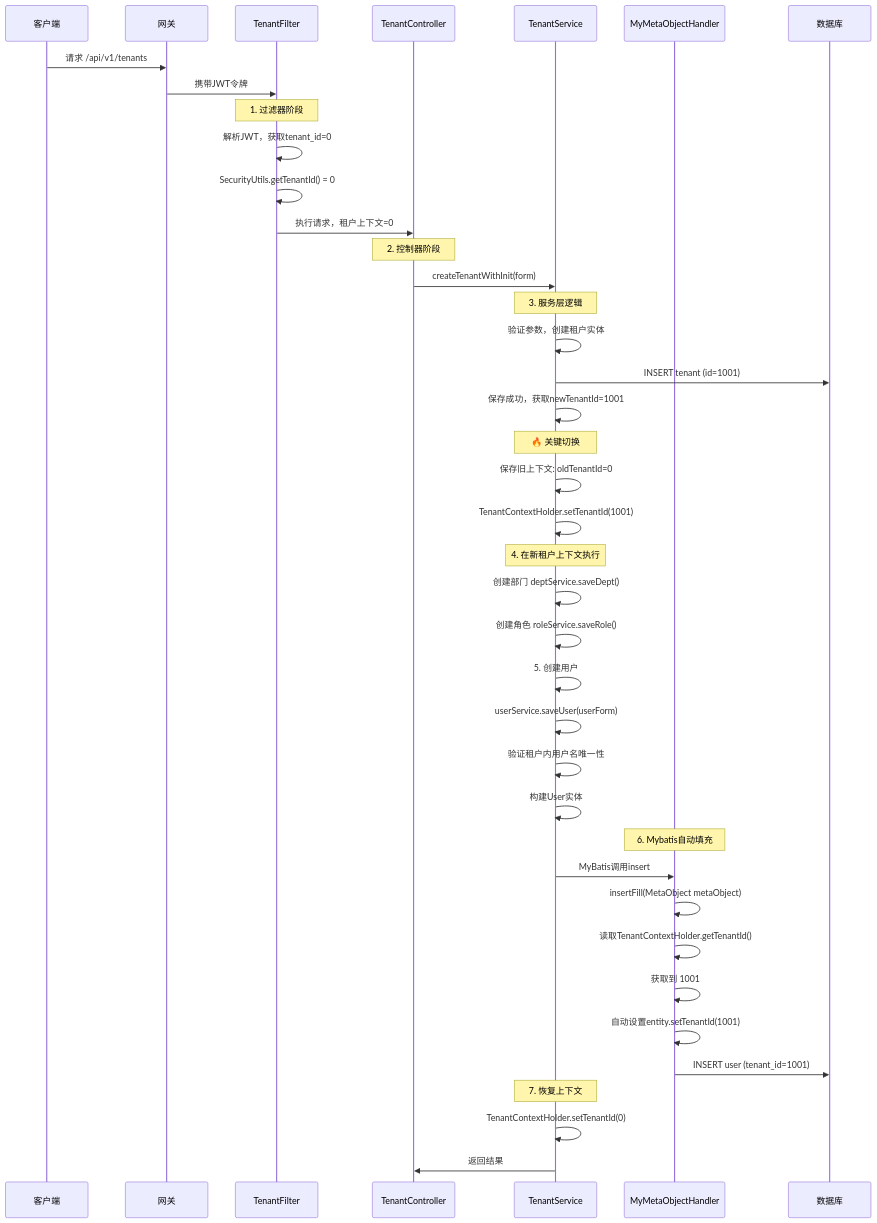
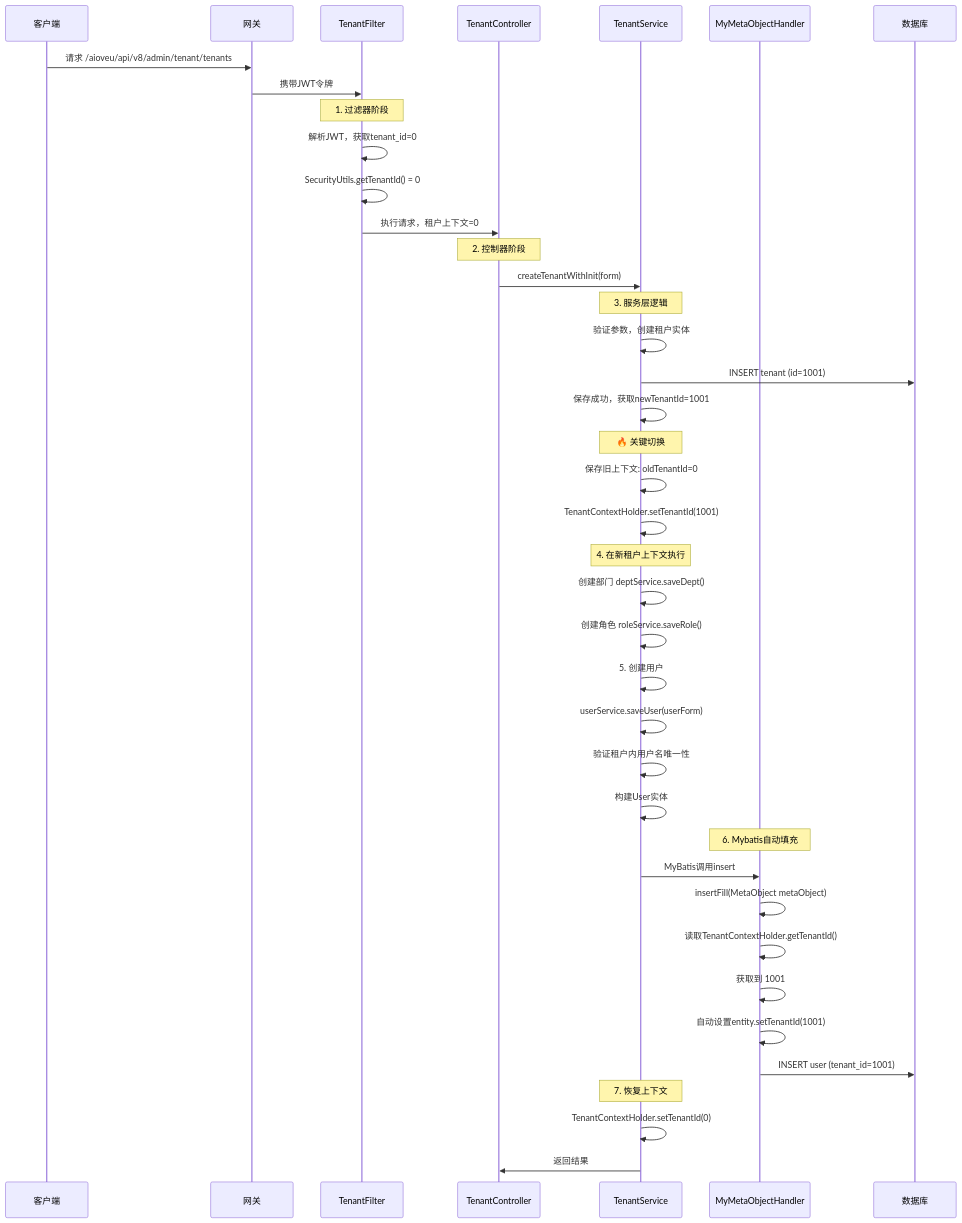
One commit to ambitiouschild/aioveu-server changed the diagram in aioveu-tenant/tenant-boot/src/main/resources/readme/readme3/3.这个设计是标准且优雅的多租户实现方案.md. Above: the diagram before and after it, drawn with Mermaid. The commit also changed 156 other files, not shown here.

````diff
--- a/aioveu-tenant/tenant-boot/src/main/resources/readme/readme3/3.这个设计是标准且优雅的多租户实现方案.md
+++ b/aioveu-tenant/tenant-boot/src/main/resources/readme/readme3/3.这个设计是标准且优雅的多租户实现方案.md
@@ -5,51 +5,51 @@
 ```mermaid
 sequenceDiagram
     participant Client as 客户端
     participant Gateway as 网关
     participant Filter as TenantFilter
     participant Controller as TenantController
     participant Service as TenantService
     participant Handler as MyMetaObjectHandler
     participant DB as 数据库
 
-    Client->>Gateway: 请求 /api/v1/tenants
+    Client->>Gateway: 请求 /aioveu/api/v8/admin/tenant/tenants
     Gateway->>Filter: 携带JWT令牌
     Note over Filter: 1. 过滤器阶段
     Filter->>Filter: 解析JWT，获取tenant_id=0
     Filter->>Filter: SecurityUtils.getTenantId() = 0
     Filter->>Controller: 执行请求，租户上下文=0
     
     Note over Controller: 2. 控制器阶段
     Controller->>Service: createTenantWithInit(form)
     
     Note over Service: 3. 服务层逻辑
     Service->>Service: 验证参数，创建租户实体
     Service->>DB: INSERT tenant (id=1001)
     Service->>Service: 保存成功，获取newTenantId=1001
     
     Note over Service: 🔥 关键切换
     Service->>Service: 保存旧上下文: oldTenantId=0
     Service->>Service: TenantContextHolder.setTenantId(1001)
     
     Note over Service: 4. 在新租户上下文执行
     Service->>Service: 创建部门 deptService.saveDept()
     Service->>Service: 创建角色 roleService.saveRole()
     
     Service->>Service: 5. 创建用户
     Service->>Service: userService.saveUser(userForm)
     Service->>Service: 验证租户内用户名唯一性
     Service->>Service: 构建User实体
     
     Note over Handler: 6. Mybatis自动填充
     Service->>Handler: MyBatis调用insert
     Handler->>Handler: insertFill(MetaObject metaObject)
     Handler->>Handler: 读取TenantContextHolder.getTenantId()
     Handler->>Handler: 获取到 1001
     Handler->>Handler: 自动设置entity.setTenantId(1001)
     
     Handler->>DB: INSERT user (tenant_id=1001)
     
     Note over Service: 7. 恢复上下文
     Service->>Service: TenantContextHolder.setTenantId(0)
     Service->>Controller: 返回结果
 ```
````
